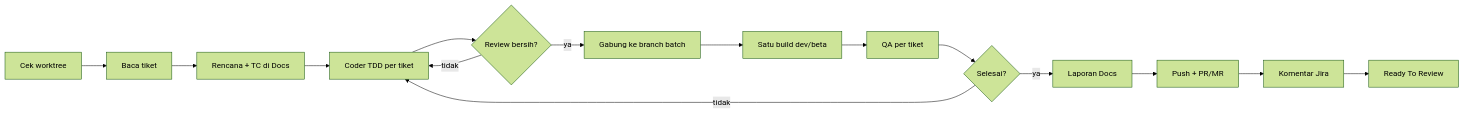
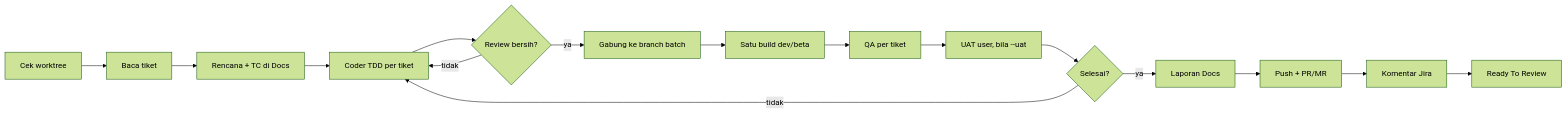
The diagram in skills/develop-tiket/SKILL.md (roiskhoiron/agent-workflow), drawn with Mermaid (forest theme) before and after one commit. The commit also changed other lines of this file and 4 other files, not shown here.

````diff
--- a/skills/develop-tiket/SKILL.md
+++ b/skills/develop-tiket/SKILL.md
@@ -14,10 +15,10 @@
 ```mermaid
 flowchart LR
   G[Cek worktree] --> R[Baca tiket] --> P[Rencana + TC di Docs]
   P --> C[Coder TDD per tiket] --> V{Review bersih?}
   V -- tidak --> C
   V -- ya --> M[Gabung ke branch batch] --> B[Satu build dev/beta]
-  B --> Q[QA per tiket] --> D{Selesai?}
+  B --> Q[QA per tiket] --> U[UAT user, bila --uat] --> D{Selesai?}
   D -- tidak --> C
   D -- ya --> L[Laporan Docs] --> X[Push + PR/MR] --> K[Komentar Jira] --> T[Ready To Review]
 ```
````
